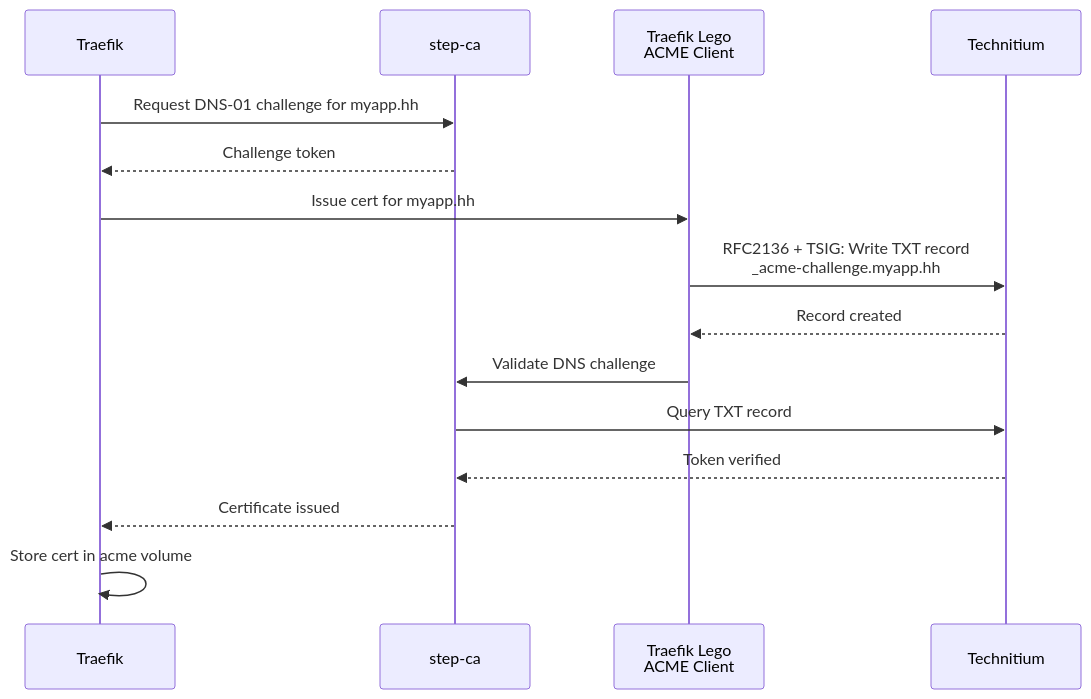
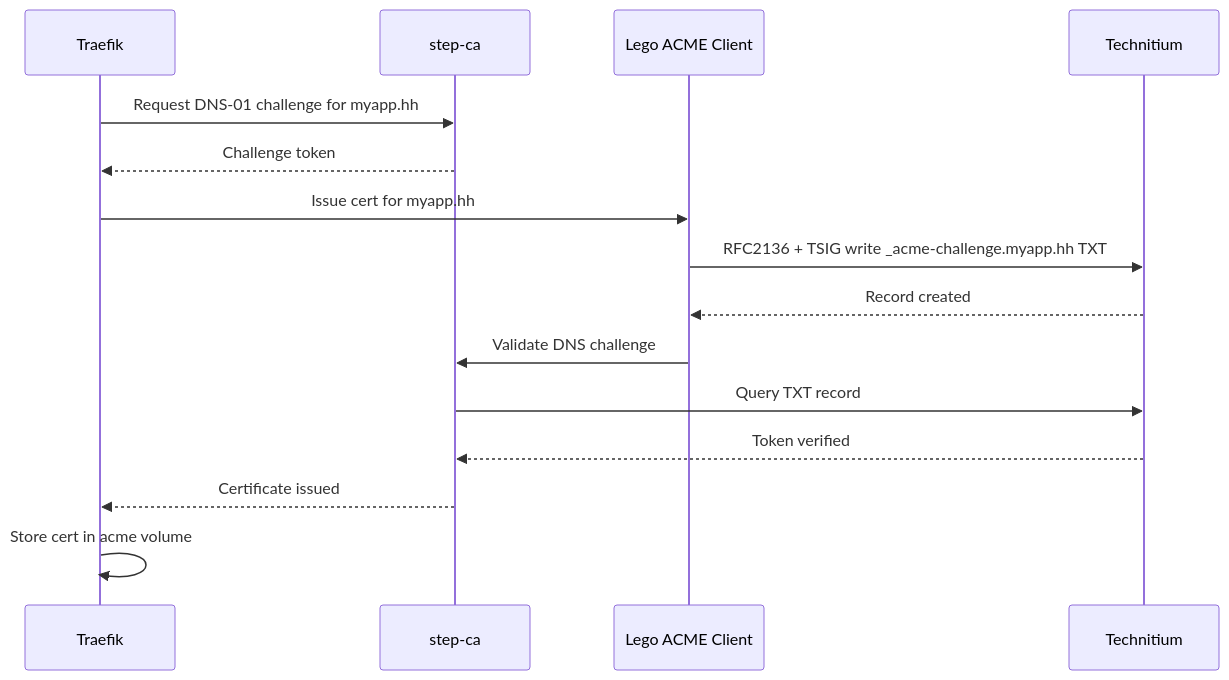
The second of 3 diagrams in README.md (10Legs/hermithost), drawn with Mermaid before and after one commit. The commit also changed other lines of this file, not shown here.

Commit message:
fix(docs): remove br tags and apostrophe from Mermaid diagrams for GitHub rendering

````diff
--- a/README.md
+++ b/README.md
@@ -52,18 +52,18 @@
 ```mermaid
 sequenceDiagram
   participant Traefik
   participant stepCA as step-ca
-  participant Lego as Traefik Lego<br/>ACME Client
+  participant Lego as Lego ACME Client
   participant Technitium
-  
+
   Traefik->>stepCA: Request DNS-01 challenge for myapp.hh
   stepCA-->>Traefik: Challenge token
   Traefik->>Lego: Issue cert for myapp.hh
-  Lego->>Technitium: RFC2136 + TSIG: Write TXT record<br/>_acme-challenge.myapp.hh
+  Lego->>Technitium: RFC2136 + TSIG write _acme-challenge.myapp.hh TXT
   Technitium-->>Lego: Record created
   Lego->>stepCA: Validate DNS challenge
   stepCA->>Technitium: Query TXT record
   Technitium-->>stepCA: Token verified
   stepCA-->>Traefik: Certificate issued
   Traefik->>Traefik: Store cert in acme volume
 ```
````
